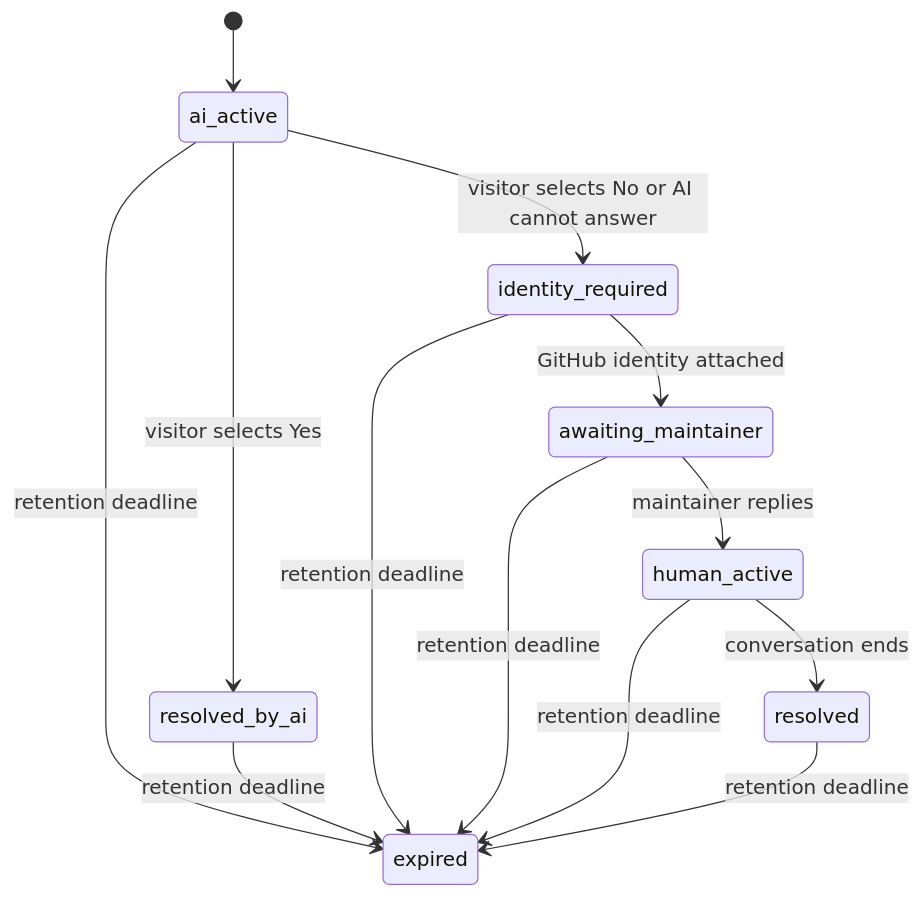
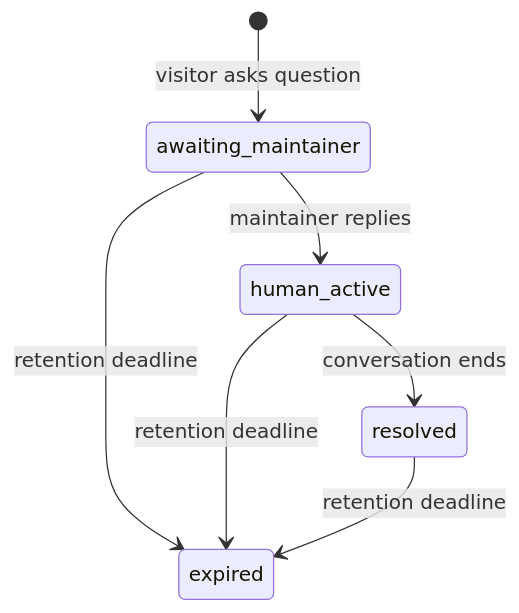
One commit to mxcl/knock-knock changed the second of 2 diagrams in PLAN.md. Above: the diagram before and after it, drawn with Mermaid. The commit also changed other lines of this file and 1 other file, not shown here.

````diff
--- a/PLAN.md
+++ b/PLAN.md
@@ -279,15 +249,9 @@
 ```mermaid
 stateDiagram-v2
-    [*] --> ai_active
-    ai_active --> resolved_by_ai: visitor selects Yes
-    ai_active --> identity_required: visitor selects No or AI cannot answer
-    identity_required --> awaiting_maintainer: GitHub identity attached
+    [*] --> awaiting_maintainer: visitor asks question
     awaiting_maintainer --> human_active: maintainer replies
     human_active --> resolved: conversation ends
-    ai_active --> expired: retention deadline
-    resolved_by_ai --> expired: retention deadline
-    identity_required --> expired: retention deadline
     awaiting_maintainer --> expired: retention deadline
     human_active --> expired: retention deadline
     resolved --> expired: retention deadline
 ```
````
